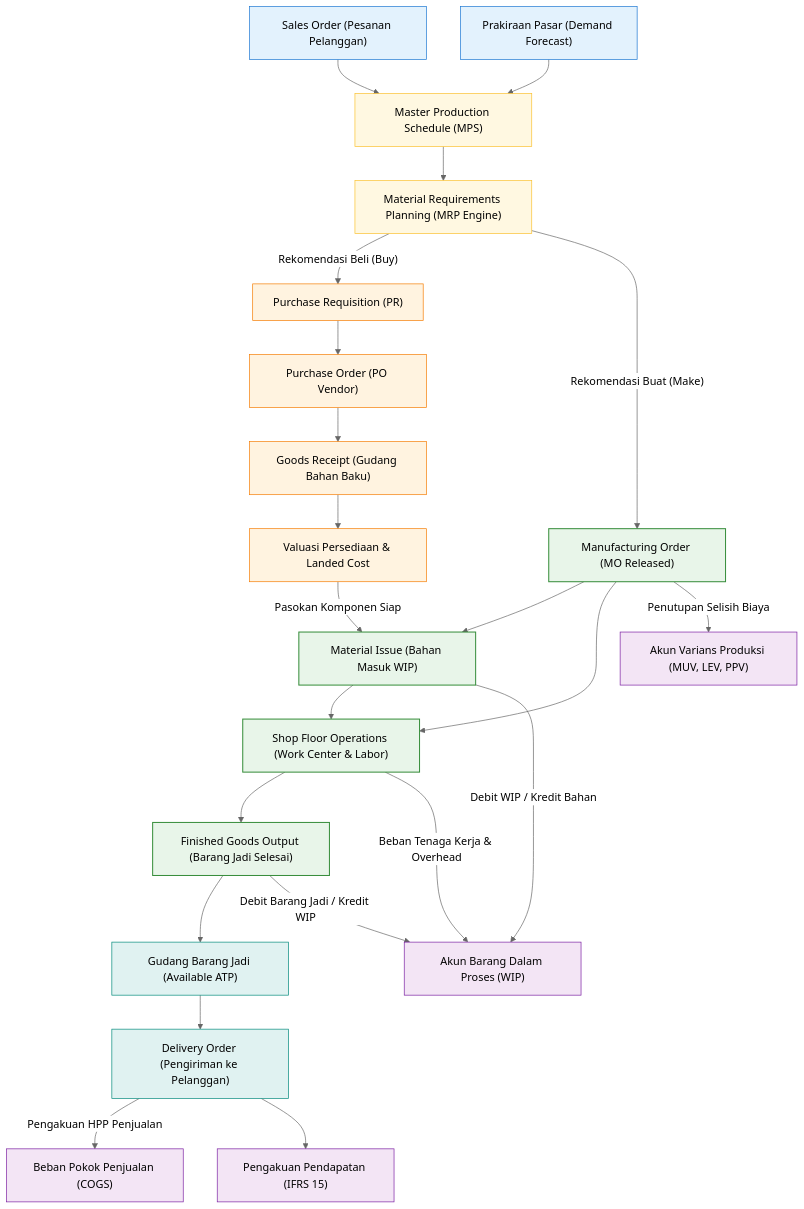
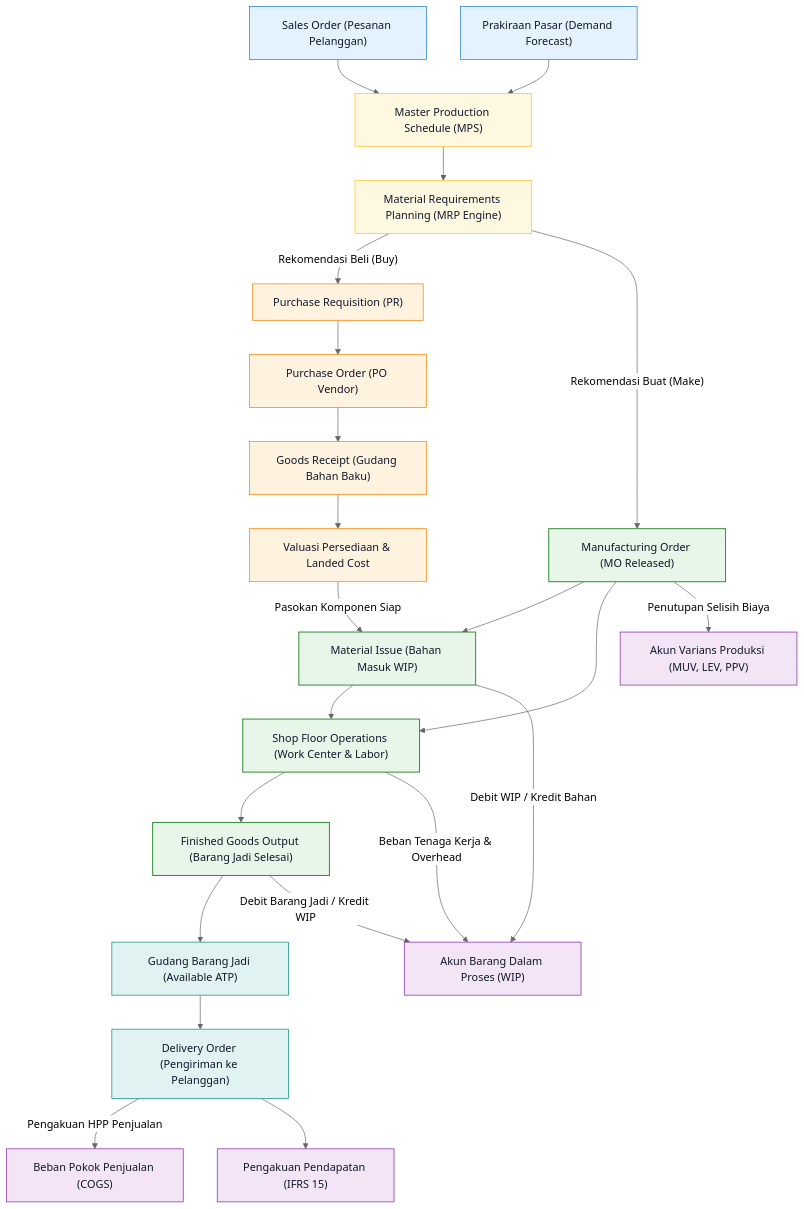
Before and after one commit to alimurrofid/erp-notes: the diagram in content/06-manufacturing/manufacturing-integration.md, drawn with Mermaid (neutral theme). The commit also changed 15 other files, not shown here.

Commit message:
fix(content):Mermaid classDef darkmode text color

````diff
--- a/content/06-manufacturing/manufacturing-integration.md
+++ b/content/06-manufacturing/manufacturing-integration.md
@@ -27,66 +27,66 @@
 ```mermaid
 flowchart TD
     SO["Sales Order (Pesanan Pelanggan)"]
     FC["Prakiraan Pasar (Demand Forecast)"]
 
     MPS["Master Production Schedule (MPS)"]
     MRP["Material Requirements Planning (MRP Engine)"]
 
     PR["Purchase Requisition (PR)"]
     PO["Purchase Order (PO Vendor)"]
     GR["Goods Receipt (Gudang Bahan Baku)"]
     StockVal["Valuasi Persediaan & Landed Cost"]
 
     MO["Manufacturing Order (MO Released)"]
     Issue["Material Issue (Bahan Masuk WIP)"]
     SFC["Shop Floor Operations (Work Center & Labor)"]
     FG_Out["Finished Goods Output (Barang Jadi Selesai)"]
 
     FG_Stock["Gudang Barang Jadi (Available ATP)"]
     DO["Delivery Order (Pengiriman ke Pelanggan)"]
 
     WIP_Acc["Akun Barang Dalam Proses (WIP)"]
     Var_Acc["Akun Varians Produksi (MUV, LEV, PPV)"]
     COGS_Acc["Beban Pokok Penjualan (COGS)"]
     Rev_Acc["Pengakuan Pendapatan (IFRS 15)"]
 
     SO --> MPS
     FC --> MPS
     MPS --> MRP
     
     MRP -->|"Rekomendasi Beli (Buy)"| PR
     PR --> PO
     PO --> GR
     GR --> StockVal
     StockVal -->|"Pasokan Komponen Siap"| Issue
     
     MRP -->|"Rekomendasi Buat (Make)"| MO
     MO --> Issue
     MO --> SFC
     Issue --> SFC
     SFC --> FG_Out
     
     FG_Out --> FG_Stock
     FG_Stock --> DO
     
     Issue -->|"Debit WIP / Kredit Bahan"| WIP_Acc
     SFC -->|"Beban Tenaga Kerja & Overhead"| WIP_Acc
     FG_Out -->|"Debit Barang Jadi / Kredit WIP"| WIP_Acc
     MO -->|"Penutupan Selisih Biaya"| Var_Acc
     DO -->|"Pengakuan HPP Penjualan"| COGS_Acc
     DO --> Rev_Acc
 
-    classDef demand fill:#e3f2fd,stroke:#1976d2,stroke-width:1px;
-    classDef planning fill:#fff8e1,stroke:#fbc02d,stroke-width:1px;
-    classDef supply fill:#fff3e0,stroke:#f57c00,stroke-width:1px;
-    classDef prod fill:#e8f5e9,stroke:#388e3c,stroke-width:1.5px;
-    classDef fulfill fill:#e0f2f1,stroke:#00897b,stroke-width:1px;
-    classDef fin fill:#f3e5f5,stroke:#7b1fa2,stroke-width:1px;
+    classDef demand fill:#e3f2fd,stroke:#1976d2,stroke-width:1px,color:#0f172a;
+    classDef planning fill:#fff8e1,stroke:#fbc02d,stroke-width:1px,color:#0f172a;
+    classDef supply fill:#fff3e0,stroke:#f57c00,stroke-width:1px,color:#0f172a;
+    classDef prod fill:#e8f5e9,stroke:#388e3c,stroke-width:1.5px,color:#0f172a;
+    classDef fulfill fill:#e0f2f1,stroke:#00897b,stroke-width:1px,color:#0f172a;
+    classDef fin fill:#f3e5f5,stroke:#7b1fa2,stroke-width:1px,color:#0f172a;
 
     class SO,FC demand;
     class MPS,MRP planning;
     class PR,PO,GR,StockVal supply;
     class MO,Issue,SFC,FG_Out prod;
     class FG_Stock,DO fulfill;
     class WIP_Acc,Var_Acc,COGS_Acc,Rev_Acc fin;
 ```
````
